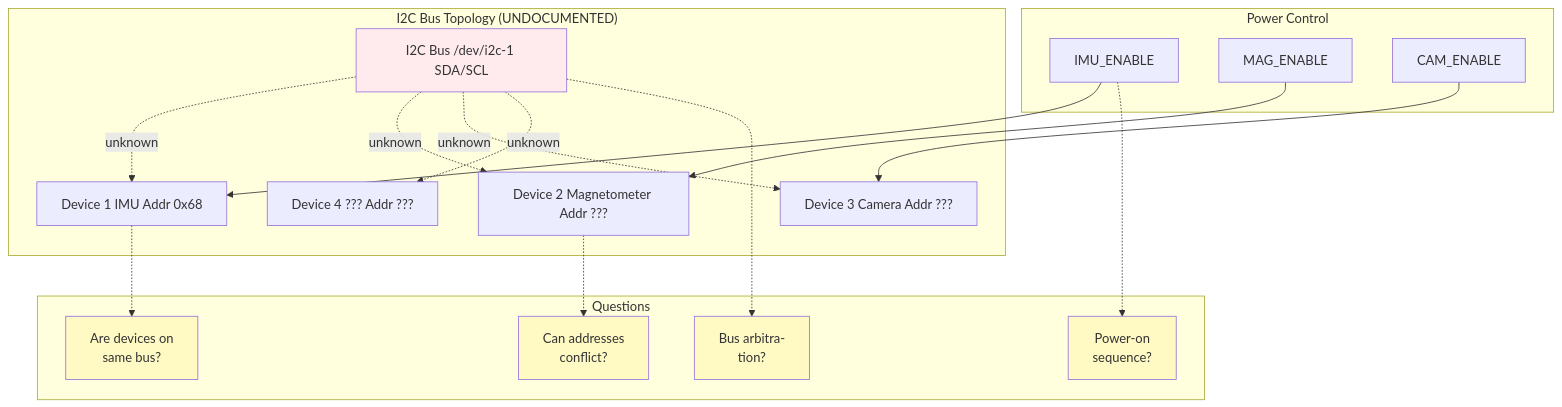
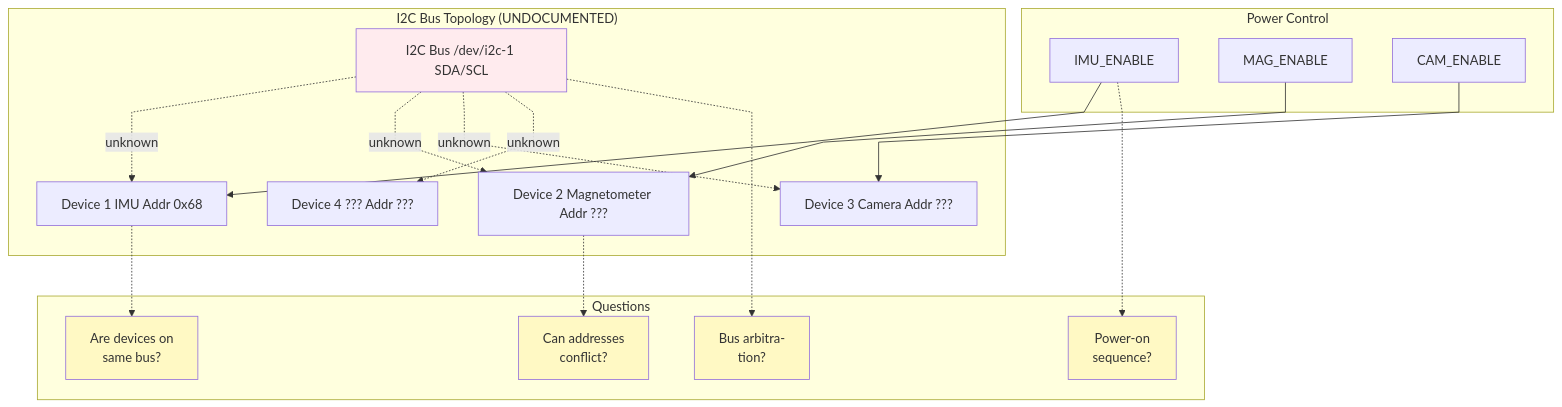
Before and after one commit to Lizo-RoadTown/PROVES_LIBRARY: the fifth of 9 diagrams in docs/diagrams/knowledge-gaps.md, drawn with Mermaid. The commit also changed other lines of this file and 4 other files, not shown here.

First line of the commit message:
Apply curve: linear to all flowchart diagrams

````diff
--- a/docs/diagrams/knowledge-gaps.md
+++ b/docs/diagrams/knowledge-gaps.md
@@ -327,44 +337,49 @@
 ```mermaid
+---
+config:
+  flowchart:
+    curve: linear
+---
 flowchart TB
     subgraph "I2C Bus Topology (UNDOCUMENTED)"
         BUS["I2C Bus /dev/i2c-1 SDA/SCL"]
 
         DEV1[Device 1 IMU Addr 0x68]
         DEV2[Device 2 Magnetometer Addr ???]
         DEV3[Device 3 Camera Addr ???]
         DEV4[Device 4 ??? Addr ???]
     end
 
     subgraph "Power Control"
         LSM1[IMU_ENABLE]
         LSM2[MAG_ENABLE]
         LSM3[CAM_ENABLE]
     end
 
     subgraph "Questions"
         Q1[Are devices on<br/>same bus?]
         Q2[Can addresses<br/>conflict?]
         Q3[Power-on<br/>sequence?]
         Q4[Bus arbitra-<br/>tion?]
     end
 
     BUS -.->|unknown| DEV1
     BUS -.->|unknown| DEV2
     BUS -.->|unknown| DEV3
     BUS -.->|unknown| DEV4
 
     LSM1 --> DEV1
     LSM2 --> DEV2
     LSM3 --> DEV3
 
     DEV1 -.-> Q1
     DEV2 -.-> Q2
     LSM1 -.-> Q3
     BUS -.-> Q4
 
     style BUS fill:#ffebee
     style Q1 fill:#fff9c4
     style Q2 fill:#fff9c4
     style Q3 fill:#fff9c4
     style Q4 fill:#fff9c4
 ```
````
